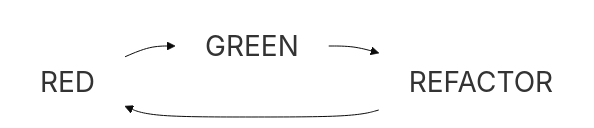
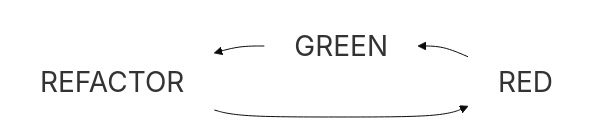
One commit to segin-GH/TDD-4-Embedded changed the diagram in README.md. Above: the diagram before and after it, drawn with Mermaid.

````diff
--- a/README.md
+++ b/README.md
@@ -11,7 +11,7 @@
 ```mermaid
 
 %%{init: {'theme': 'base', 'themeVariables': { 'primaryColor': '#0000', 'edgeLabelBackground':'#ffffee','fontSize':'  28px', 'tertiaryColor': '#fff0f0'}}}%%
 
-graph LR;
+graph RL;
 RED-->GREEN-->REFACTOR-->RED
 ```
````
